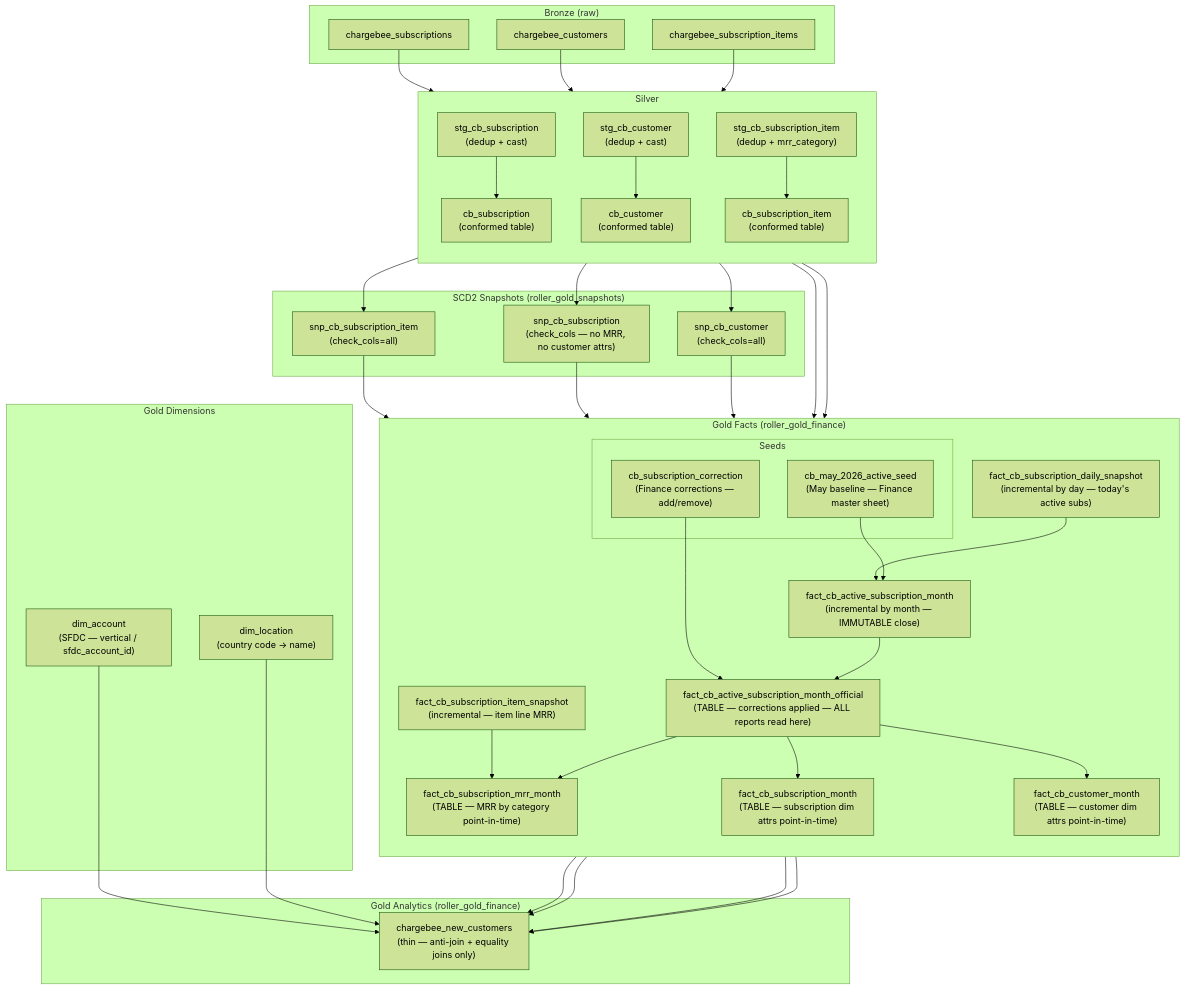
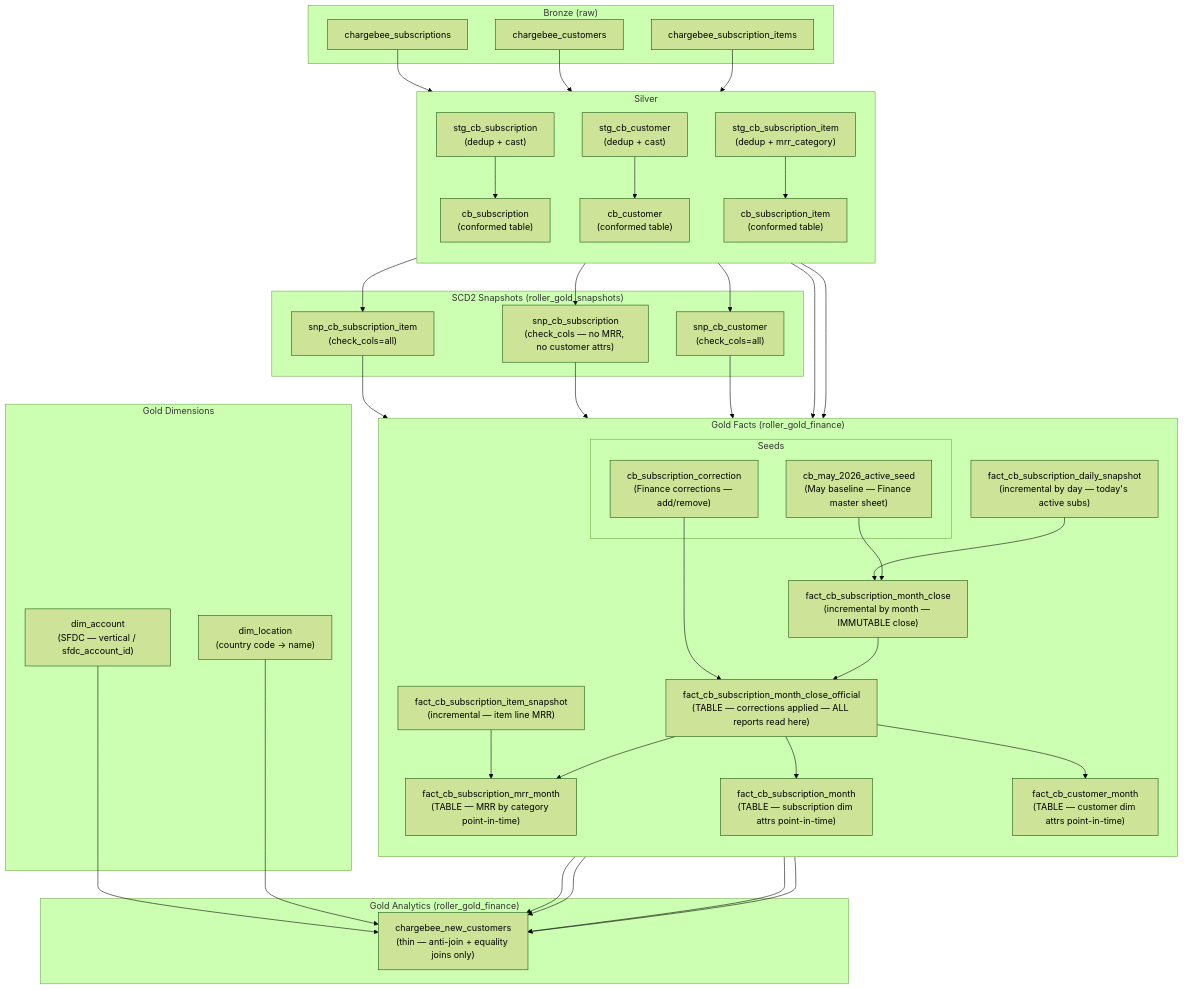
The first of 3 diagrams in EDP-147-chargebee-architecture.md (rolliyer/test-github-actions), drawn with Mermaid (forest theme) before and after one commit. The commit also changed other lines of this file, not shown here.

````diff
--- a/EDP-147-chargebee-architecture.md
+++ b/EDP-147-chargebee-architecture.md
@@ -51,77 +51,77 @@
 ```mermaid
 flowchart TD
     subgraph BRONZE["Bronze (raw)"]
         B1[chargebee_subscriptions]
         B2[chargebee_customers]
         B3[chargebee_subscription_items]
     end
 
     subgraph SILVER["Silver"]
         direction TB
         S1["stg_cb_subscription\n(dedup + cast)"]
         S2["stg_cb_customer\n(dedup + cast)"]
         S3["stg_cb_subscription_item\n(dedup + mrr_category)"]
         C1["cb_subscription\n(conformed table)"]
         C2["cb_customer\n(conformed table)"]
         C3["cb_subscription_item\n(conformed table)"]
     end
 
     subgraph SNAPSHOTS["SCD2 Snapshots (roller_gold_snapshots)"]
         SN1["snp_cb_subscription\n(check_cols — no MRR, no customer attrs)"]
         SN2["snp_cb_customer\n(check_cols=all)"]
         SN3["snp_cb_subscription_item\n(check_cols=all)"]
     end
 
     subgraph GOLD_FACTS["Gold Facts (roller_gold_finance)"]
         direction TB
         F0["fact_cb_subscription_item_snapshot\n(incremental — item line MRR)"]
         F1["fact_cb_subscription_daily_snapshot\n(incremental by day — today's active subs)"]
-        F2["fact_cb_active_subscription_month\n(incremental by month — IMMUTABLE close)"]
+        F2["fact_cb_subscription_month_close\n(incremental by month — IMMUTABLE close)"]
 
         subgraph SEED_LAYER["Seeds"]
             SD1["cb_may_2026_active_seed\n(May baseline — Finance master sheet)"]
             SD2["cb_subscription_correction\n(Finance corrections — add/remove)"]
         end
 
-        F3["fact_cb_active_subscription_month_official\n(TABLE — corrections applied — ALL reports read here)"]
+        F3["fact_cb_subscription_month_close_official\n(TABLE — corrections applied — ALL reports read here)"]
         F4["fact_cb_subscription_month\n(TABLE — subscription dim attrs point-in-time)"]
         F5["fact_cb_customer_month\n(TABLE — customer dim attrs point-in-time)"]
         F6["fact_cb_subscription_mrr_month\n(TABLE — MRR by category point-in-time)"]
     end
 
     subgraph DIMS["Gold Dimensions"]
         D1["dim_account\n(SFDC — vertical / sfdc_account_id)"]
         D2["dim_location\n(country code → name)"]
     end
 
     subgraph ANALYTICS["Gold Analytics (roller_gold_finance)"]
         A1["chargebee_new_customers\n(thin — anti-join + equality joins only)"]
     end
 
     B1 --> S1 --> C1 --> SN1
     B2 --> S2 --> C2 --> SN2
     B3 --> S3 --> C3 --> SN3
 
     C1 --> F1
     C2 --> F1
     SN3 --> F0
 
     F1 --> F2
     SD1 --> F2
     SD2 --> F3
 
     F2 --> F3
     SN1 --> F4
     SN2 --> F5
     F0 --> F6
 
     F3 --> F4
     F3 --> F5
     F3 --> F6
     F3 --> A1
     F4 --> A1
     F5 --> A1
     F6 --> A1
     D1 --> A1
     D2 --> A1
 ```
````
